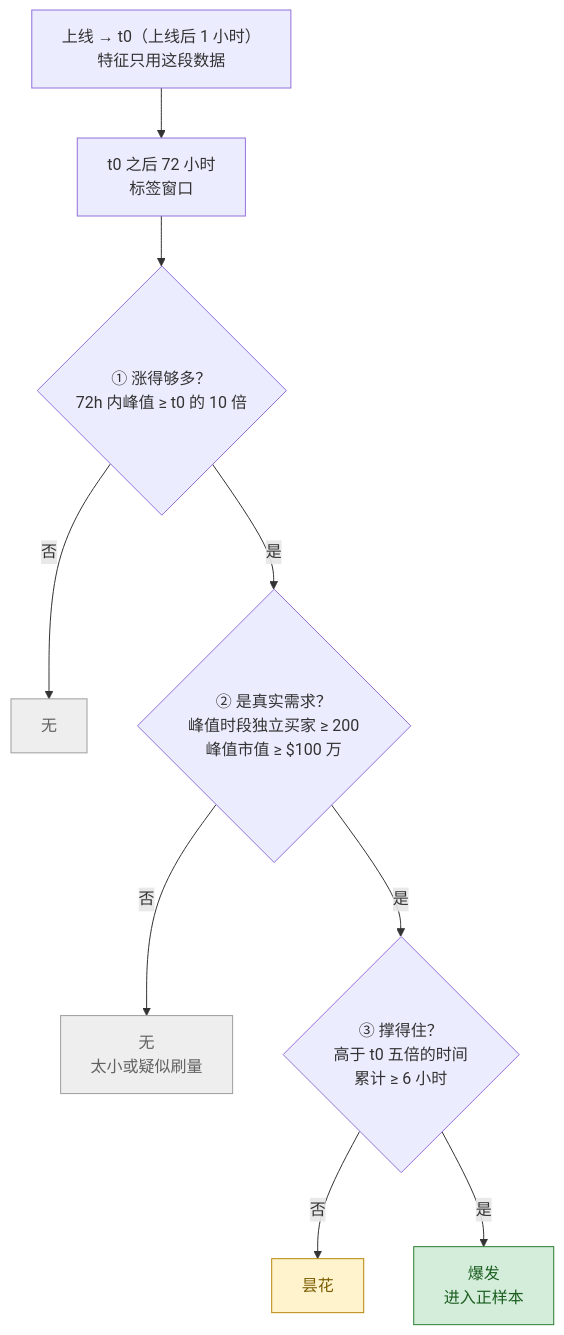
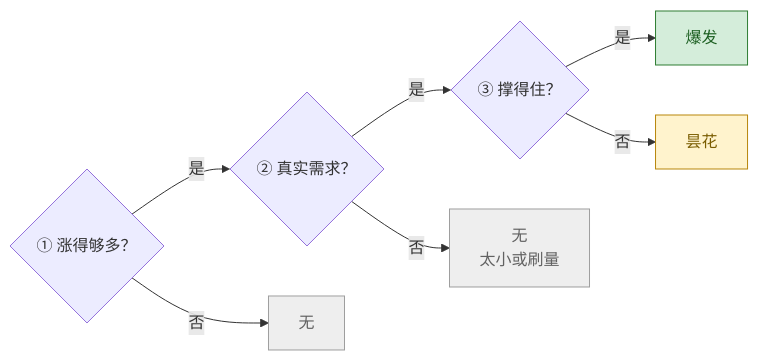
The second of 4 diagrams in docs/meme/TASK-meme-token-watch-stage0-draft.md (JulyWA/lp-monitor-3.0-snapshot), drawn with Mermaid before and after one commit. The commit also changed other lines of this file, not shown here.

First line of the commit message:
docs(meme)：图解改紧凑，避免 GitHub 上被折行和裁切

````diff
--- a/docs/meme/TASK-meme-token-watch-stage0-draft.md
+++ b/docs/meme/TASK-meme-token-watch-stage0-draft.md
@@ -123,14 +115,10 @@
 ```mermaid
-flowchart TB
-  T["上线 → t0（上线后 1 小时）<br/>特征只用这段数据"] --> W["t0 之后 72 小时<br/>标签窗口"]
-  W --> C1{"① 涨得够多？<br/>72h 内峰值 ≥ t0 的 10 倍"}
+flowchart LR
+  C1{"① 涨得够多？"} -->|"是"| C2{"② 真实需求？"} -->|"是"| C3{"③ 撑得住？"} -->|"是"| B["爆发"]:::boom
   C1 -->|"否"| N1["无"]:::none
-  C1 -->|"是"| C2{"② 是真实需求？<br/>峰值时段独立买家 ≥ 200<br/>峰值市值 ≥ $100 万"}
-  C2 -->|"否"| N2["无<br/>太小或疑似刷量"]:::none
-  C2 -->|"是"| C3{"③ 撑得住？<br/>高于 t0 五倍的时间<br/>累计 ≥ 6 小时"}
+  C2 -->|"否"| N2["无<br/>太小或刷量"]:::none
   C3 -->|"否"| F["昙花"]:::flash
-  C3 -->|"是"| B["爆发<br/>进入正样本"]:::boom
   classDef none fill:#eeeeee,stroke:#9e9e9e,color:#616161
   classDef flash fill:#fff3cd,stroke:#b8860b,color:#7a5c00
   classDef boom fill:#d4edda,stroke:#2e7d32,color:#1b5e20
 ```
````
